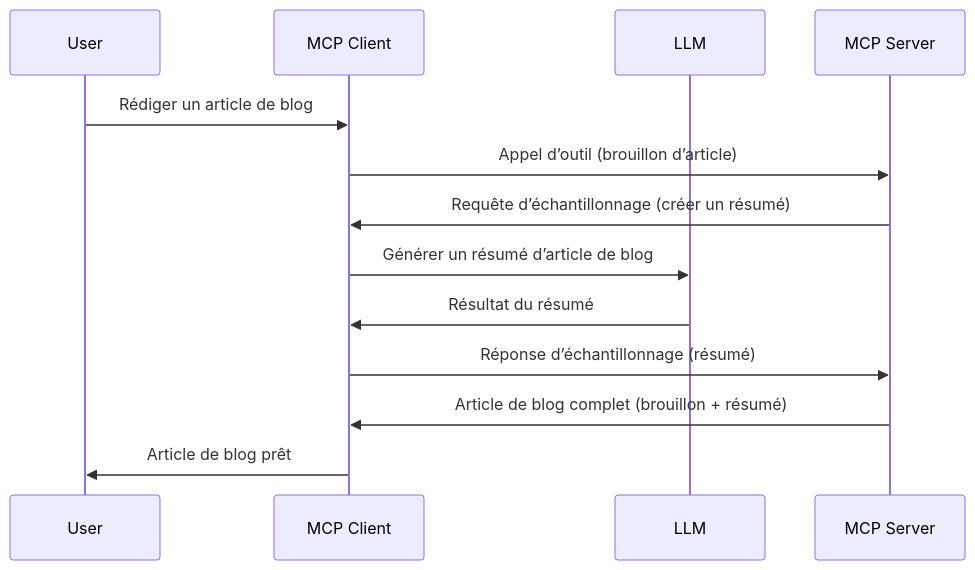
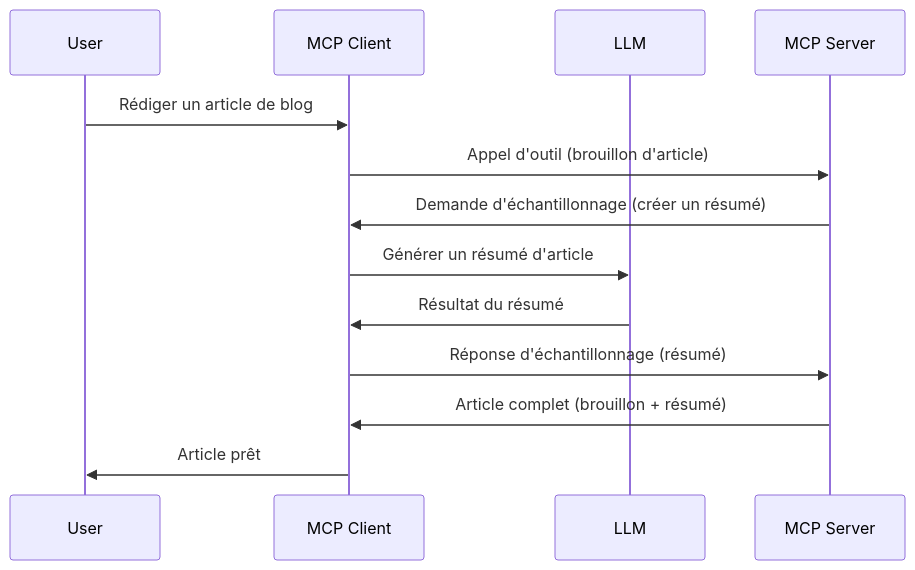
Before and after one commit to HIDORAKAI002/ai-workspace-archive: the diagram in mcp_ecosystem__model_context_protocol/mcp_learning_resources/mcp-for-beginners/translations/fr/03-GettingStarted/14-sampling/README.md, drawn with Mermaid. The commit also changed other lines of this file and 1160 other files, not shown here.

````diff
--- a/mcp_ecosystem__model_context_protocol/mcp_learning_resources/mcp-for-beginners/translations/fr/03-GettingStarted/14-sampling/README.md
+++ b/mcp_ecosystem__model_context_protocol/mcp_learning_resources/mcp-for-beginners/translations/fr/03-GettingStarted/14-sampling/README.md
@@ -23,16 +23,16 @@
 ```mermaid
 sequenceDiagram
     participant User
     participant MCP Client
     participant LLM
     participant MCP Server
 
     User->>MCP Client: Rédiger un article de blog
-    MCP Client->>MCP Server: Appel d’outil (brouillon d’article)
-    MCP Server->>MCP Client: Requête d’échantillonnage (créer un résumé)
-    MCP Client->>LLM: Générer un résumé d’article de blog
+    MCP Client->>MCP Server: Appel d'outil (brouillon d'article)
+    MCP Server->>MCP Client: Demande d'échantillonnage (créer un résumé)
+    MCP Client->>LLM: Générer un résumé d'article
     LLM->>MCP Client: Résultat du résumé
-    MCP Client->>MCP Server: Réponse d’échantillonnage (résumé)
-    MCP Server->>MCP Client: Article de blog complet (brouillon + résumé)
-    MCP Client->>User: Article de blog prêt
+    MCP Client->>MCP Server: Réponse d'échantillonnage (résumé)
+    MCP Server->>MCP Client: Article complet (brouillon + résumé)
+    MCP Client->>User: Article prêt
 ```
````
